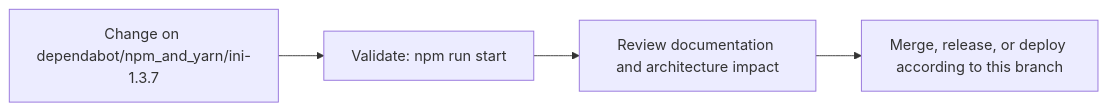
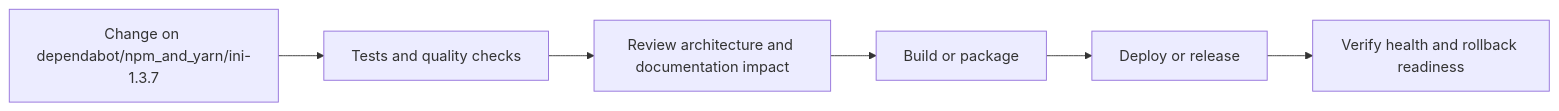
The fourth of 5 diagrams in README.md (Nischhalsubba/wp_Theme_Ronal), drawn with Mermaid before and after one commit. The commit also changed other lines of this file, not shown here.

````diff
--- a/README.md
+++ b/README.md
@@ -69,8 +145,8 @@
 ```mermaid
 flowchart LR
-    CHANGE["Change on dependabot/npm_and_yarn/ini-1.3.7"]
-    CHECK["Validate: npm run start"]
-    REVIEW["Review documentation and architecture impact"]
-    RELEASE["Merge, release, or deploy according to this branch"]
-    CHANGE --> CHECK --> REVIEW --> RELEASE
+    CHANGE["Change on dependabot/npm_and_yarn/ini-1.3.7"] --> CHECK["Tests and quality checks"]
+    CHECK --> REVIEW["Review architecture and documentation impact"]
+    REVIEW --> BUILD["Build or package"]
+    BUILD --> DEPLOY["Deploy or release"]
+    DEPLOY --> VERIFY["Verify health and rollback readiness"]
 ```
````
